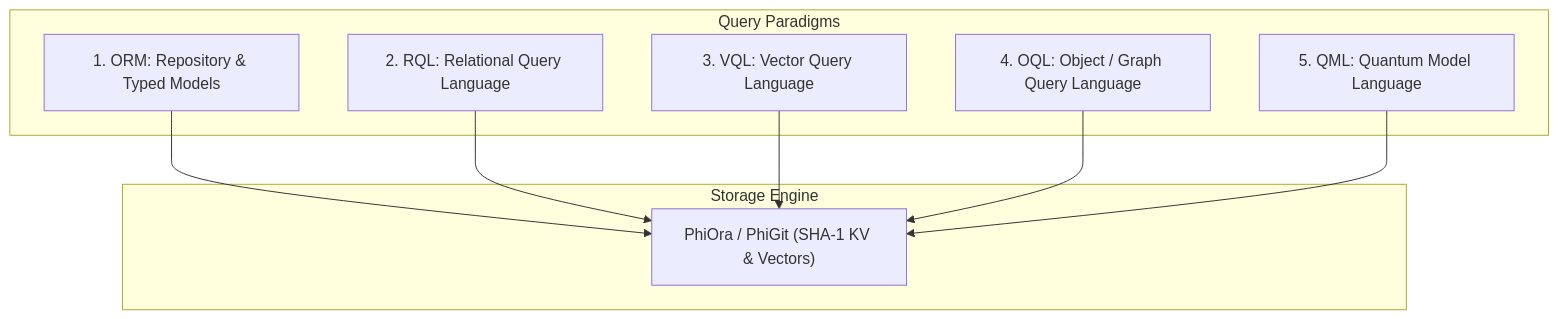
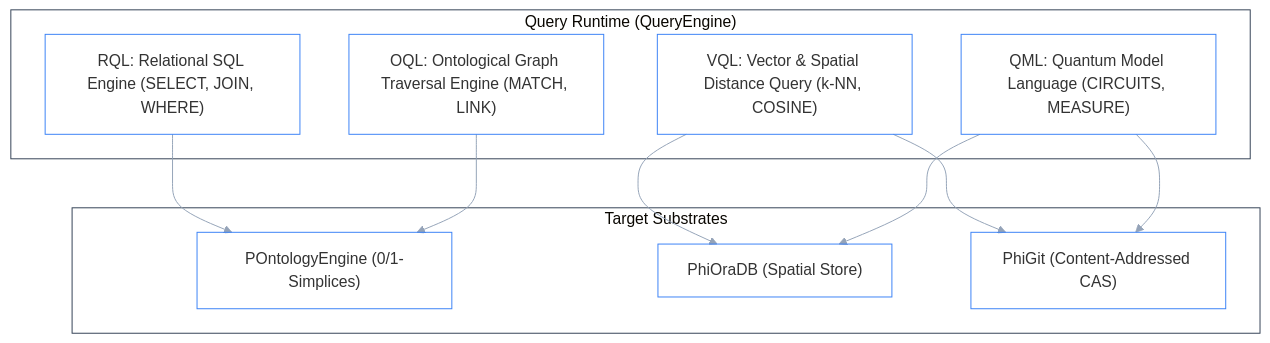
One commit to gemphi/phiant changed the diagram in src/phiadk/query/README.md. Above: the diagram before and after it, drawn with Mermaid. The commit also changed other lines of this file and 8 other files, not shown here.

````diff
--- a/src/phiadk/query/README.md
+++ b/src/phiadk/query/README.md
@@ -9,16 +11,19 @@
 ```mermaid
+%%{init: {'theme': 'base', 'themeVariables': {'background': 'transparent', 'mainBkg': 'transparent', 'nodeBorder': '#3b82f6', 'clusterBkg': 'transparent', 'clusterBorder': '#334155', 'lineColor': '#94a3b8', 'textColor': '#f1f5f9'}}}%%
 graph TD
-    subgraph StorageLayer["Storage Engine"]
-        Store["PhiOra / PhiGit (SHA-1 KV & Vectors)"]
+    subgraph "Query Runtime (QueryEngine)"
+        RQL["RQL: Relational SQL Engine (SELECT, JOIN, WHERE)"]
+        OQL["OQL: Ontological Graph Traversal Engine (MATCH, LINK)"]
+        QML["QML: Quantum Model Language (CIRCUITS, MEASURE)"]
+        VQL["VQL: Vector & Spatial Distance Query (k-NN, COSINE)"]
     end
 
-    subgraph QueryEngines["Query Paradigms"]
-        ORM["1. ORM: Repository & Typed Models"]
-        RQL["2. RQL: Relational Query Language"]
-        VQL["3. VQL: Vector Query Language"]
-        OQL["4. OQL: Object / Graph Query Language"]
-        QML["5. QML: Quantum Model Language"]
+    subgraph "Target Substrates"
+        Onto["POntologyEngine (0/1-Simplices)"]
+        Spatial["PhiOraDB (Spatial Store)"]
+        CAS["PhiGit (Content-Addressed CAS)"]
     end
 
-    ORM & RQL & VQL & OQL & QML --> Store
+    RQL & OQL --> Onto
+    VQL & QML --> Spatial & CAS
 ```
````
